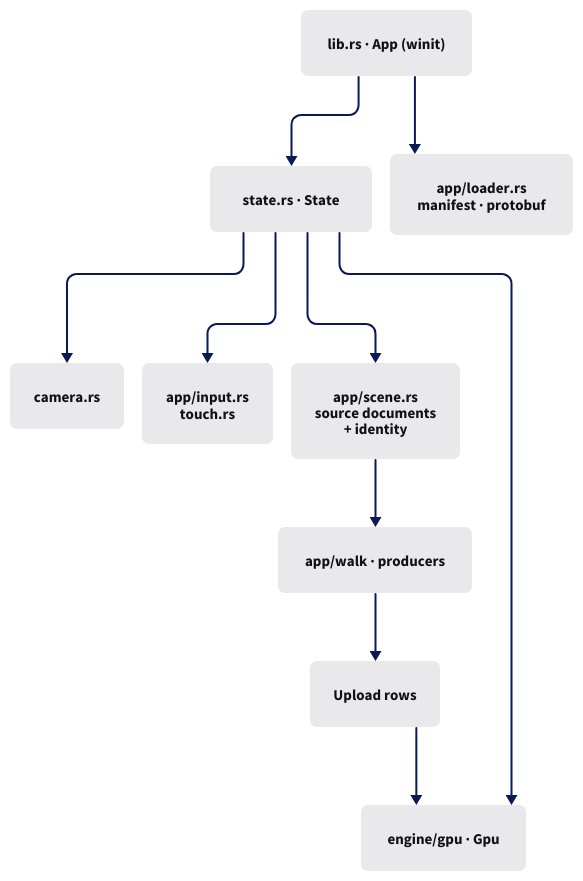
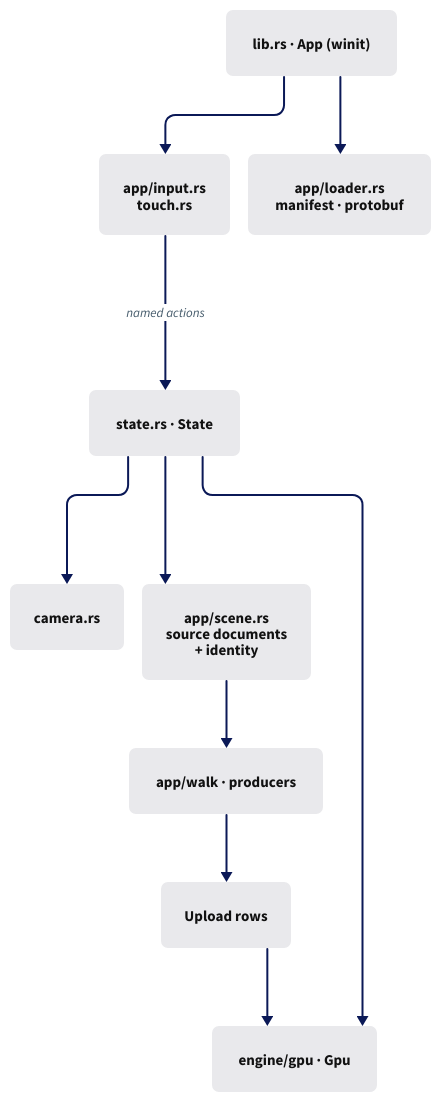
One commit to petrasvestartas/session changed the diagram in session_viewer/docs/diagrams/README-01.d2. Above: the diagram before and after it, drawn with D2. The commit also changed 52 other files, not shown here.

```diff
--- a/session_viewer/docs/diagrams/README-01.d2
+++ b/session_viewer/docs/diagrams/README-01.d2
@@ -1,27 +1,27 @@
 vars: { d2-config: { layout-engine: elk; pad: 20; theme-id: 0 } }
 style: { fill: "#ffffff" }
 classes: {
   box:   { style: { fill: "#e9e9ec"; stroke: "#e9e9ec"; border-radius: 6; font-size: 15; font-color: "#111111" } }
   focus: { style: { fill: "#fa9ebc"; stroke: "#fa9ebc"; border-radius: 6; font-size: 15; font-color: "#111111" } }
 }
 direction: down
 
 App: "lib.rs · App (winit)" { class: box }
 State: "state.rs · State" { class: box }
 Loader: "app/loader.rs\nmanifest · protobuf" { class: box }
 Camera: "camera.rs" { class: box }
 Input: "app/input.rs\ntouch.rs" { class: box }
 Scene: "app/scene.rs\nsource documents\n+ identity" { class: box }
 Walk: "app/walk · producers" { class: box }
 Upload: "Upload rows" { class: box }
 Gpu: "engine/gpu · Gpu" { class: box }
 
-App -> State { style: { stroke: "#0b1957"; stroke-width: 2; font-size: 13; font-color: "#455b6b" } }
+App -> Input { style: { stroke: "#0b1957"; stroke-width: 2; font-size: 13; font-color: "#455b6b" } }
+Input -> State: "named actions" { style: { stroke: "#0b1957"; stroke-width: 2; font-size: 13; font-color: "#455b6b" } }
 App -> Loader { style: { stroke: "#0b1957"; stroke-width: 2; font-size: 13; font-color: "#455b6b" } }
 State -> Camera { style: { stroke: "#0b1957"; stroke-width: 2; font-size: 13; font-color: "#455b6b" } }
-State -> Input { style: { stroke: "#0b1957"; stroke-width: 2; font-size: 13; font-color: "#455b6b" } }
 State -> Scene { style: { stroke: "#0b1957"; stroke-width: 2; font-size: 13; font-color: "#455b6b" } }
 Scene -> Walk { style: { stroke: "#0b1957"; stroke-width: 2; font-size: 13; font-color: "#455b6b" } }
 Walk -> Upload { style: { stroke: "#0b1957"; stroke-width: 2; font-size: 13; font-color: "#455b6b" } }
 Upload -> Gpu { style: { stroke: "#0b1957"; stroke-width: 2; font-size: 13; font-color: "#455b6b" } }
 State -> Gpu { style: { stroke: "#0b1957"; stroke-width: 2; font-size: 13; font-color: "#455b6b" } }
```
